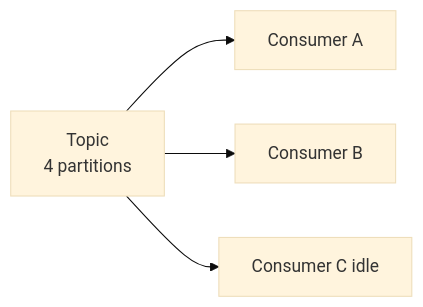
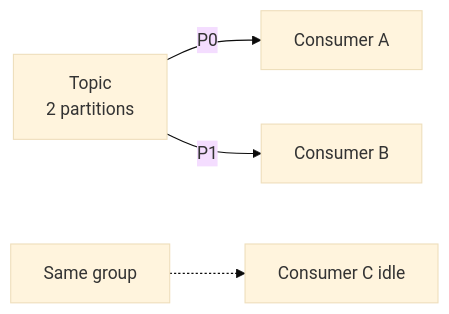
The first of 3 diagrams in HLD/Topics/07 - Async Messaging/Kafka/05 - Consumer Mechanics and Scalability.md (zekkrron/cs-knowledge-base), drawn with Mermaid (base theme) before and after one commit. The commit also changed other lines of this file and 51 other files, not shown here.

````diff
--- a/HLD/Topics/07 - Async Messaging/Kafka/05 - Consumer Mechanics and Scalability.md
+++ b/HLD/Topics/07 - Async Messaging/Kafka/05 - Consumer Mechanics and Scalability.md
@@ -70,6 +62,6 @@
 ```mermaid
 flowchart LR
-    T["Topic\n4 partitions"] --> C1[Consumer A]
-    T --> C2[Consumer B]
-    T --> Idle[Consumer C idle]
+    T["Topic\n2 partitions"] -->|P0| C1[Consumer A]
+    T -->|P1| C2[Consumer B]
+    G[Same group] -.-> Idle[Consumer C idle]
 ```
````
